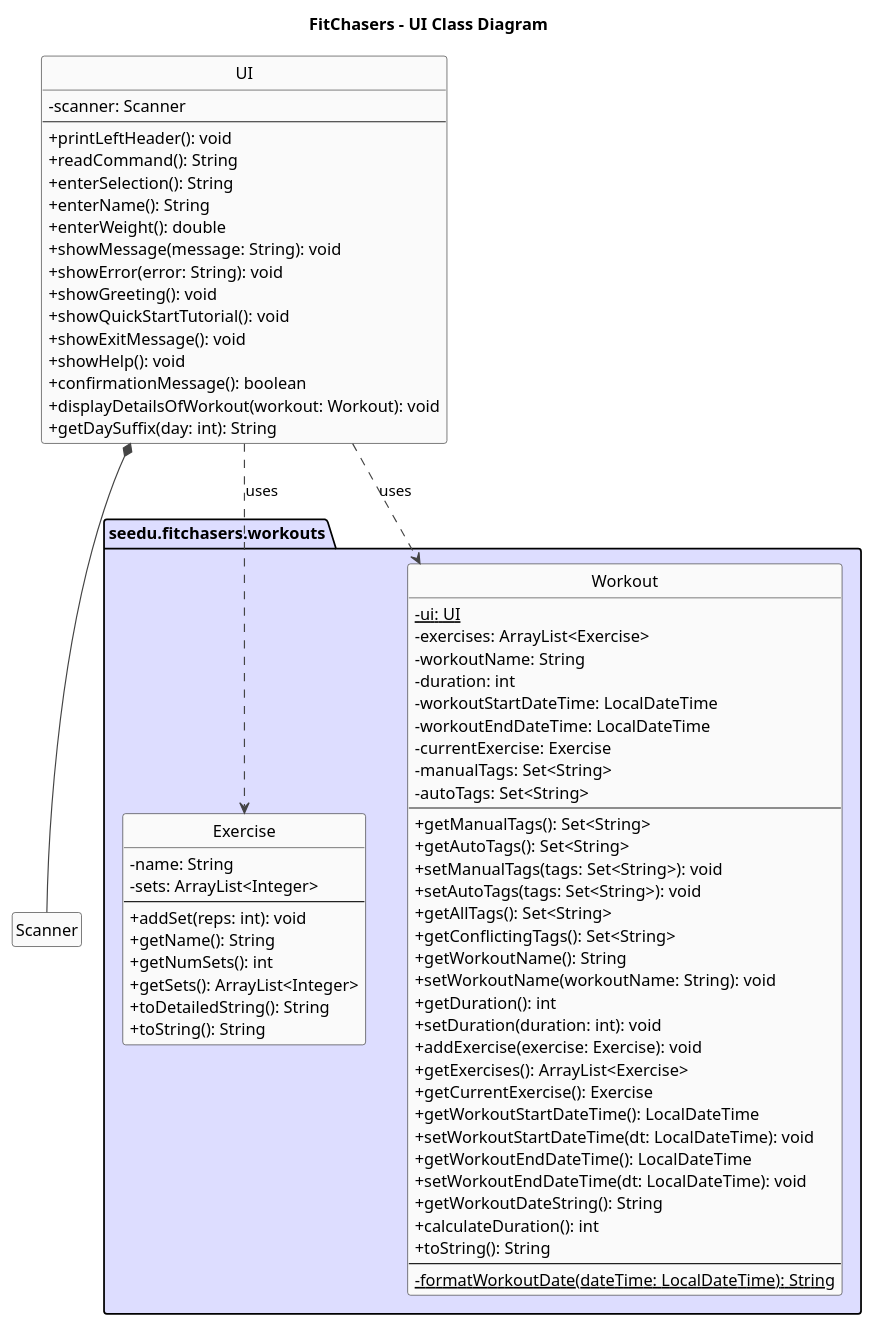
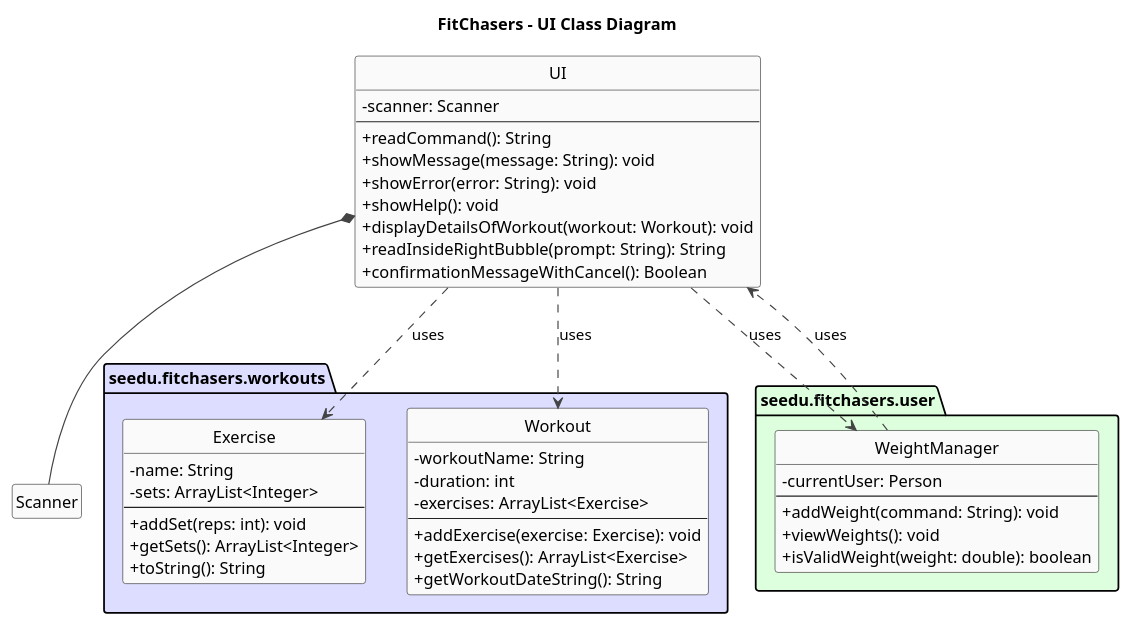
One commit to Exceptional-Khoi/tp changed the diagram in docs/diagrams/UI_class_diagram.puml. Above: the diagram before and after it, drawn with PlantUML. The commit also changed 2 other files, not shown here.

Commit message:
Minimized UI class diagram

```diff
--- a/docs/diagrams/UI_class_diagram.puml
+++ b/docs/diagrams/UI_class_diagram.puml
@@ -1,91 +1,70 @@
 @startuml
 title FitChasers – UI Class Diagram
 
 skinparam shadowing false
 skinparam classAttributeIconSize 0
 skinparam ArrowColor #444
 skinparam ClassBorderColor #222
 skinparam ClassBackgroundColor #FAFAFA
 skinparam NoteBackgroundColor #fff
 skinparam NoteBorderColor #aaa
 skinparam stereotypeFontStyle bold
 hide empty fields
 hide empty methods
 hide circle
 
 ' ===== Types used by UI =====
 class Scanner
+
 package "seedu.fitchasers.workouts" as pkg_workouts #DDDDFF {
   class Exercise {
     - name: String
     - sets: ArrayList<Integer>
     --
     + addSet(reps: int): void
-    + getName(): String
-    + getNumSets(): int
     + getSets(): ArrayList<Integer>
-    + toDetailedString(): String
     + toString(): String
   }
 
   class Workout {
-    - ui: UI {static}
-    - exercises: ArrayList<Exercise>
     - workoutName: String
     - duration: int
-    - workoutStartDateTime: LocalDateTime
-    - workoutEndDateTime: LocalDateTime
-    - currentExercise: Exercise
-    - manualTags: Set<String>
-    - autoTags: Set<String>
+    - exercises: ArrayList<Exercise>
     --
-    + getManualTags(): Set<String>
-    + getAutoTags(): Set<String>
-    + setManualTags(tags: Set<String>): void
-    + setAutoTags(tags: Set<String>): void
-    + getAllTags(): Set<String>
-    + getConflictingTags(): Set<String>
-    + getWorkoutName(): String
-    + setWorkoutName(workoutName: String): void
-    + getDuration(): int
-    + setDuration(duration: int): void
     + addExercise(exercise: Exercise): void
     + getExercises(): ArrayList<Exercise>
-    + getCurrentExercise(): Exercise
-    + getWorkoutStartDateTime(): LocalDateTime
-    + setWorkoutStartDateTime(dt: LocalDateTime): void
-    + getWorkoutEndDateTime(): LocalDateTime
-    + setWorkoutEndDateTime(dt: LocalDateTime): void
     + getWorkoutDateString(): String
-    + calculateDuration(): int
-    + toString(): String
-    --
-    - formatWorkoutDate(dateTime: LocalDateTime): String {static}
   }
 }
 
-' ===== UI class  =====
+package "seedu.fitchasers.user" as pkg_user #DDFFDD {
+  class WeightManager {
+    - currentUser: Person
+    --
+    + addWeight(command: String): void
+    + viewWeights(): void
+    + isValidWeight(weight: double): boolean
+  }
+}
+
+' ===== UI class (trimmed to essentials) =====
 class UI {
   - scanner: Scanner
   --
-  + printLeftHeader(): void
   + readCommand(): String
-  + enterSelection(): String
-  + enterName(): String
-  + enterWeight(): double
   + showMessage(message: String): void
   + showError(error: String): void
-  + showGreeting(): void
-  + showQuickStartTutorial(): void
-  + showExitMessage(): void
   + showHelp(): void
-  + confirmationMessage(): boolean
   + displayDetailsOfWorkout(workout: Workout): void
-  + getDaySuffix(day: int): String
+  + readInsideRightBubble(prompt: String): String
+  + confirmationMessageWithCancel(): Boolean
 }
 
 ' ===== Relationships =====
 UI *-- Scanner
 UI ..> Workout : uses
 UI ..> Exercise : uses
+UI ..> WeightManager : uses
+
+WeightManager ..> UI : uses
 @enduml
```
